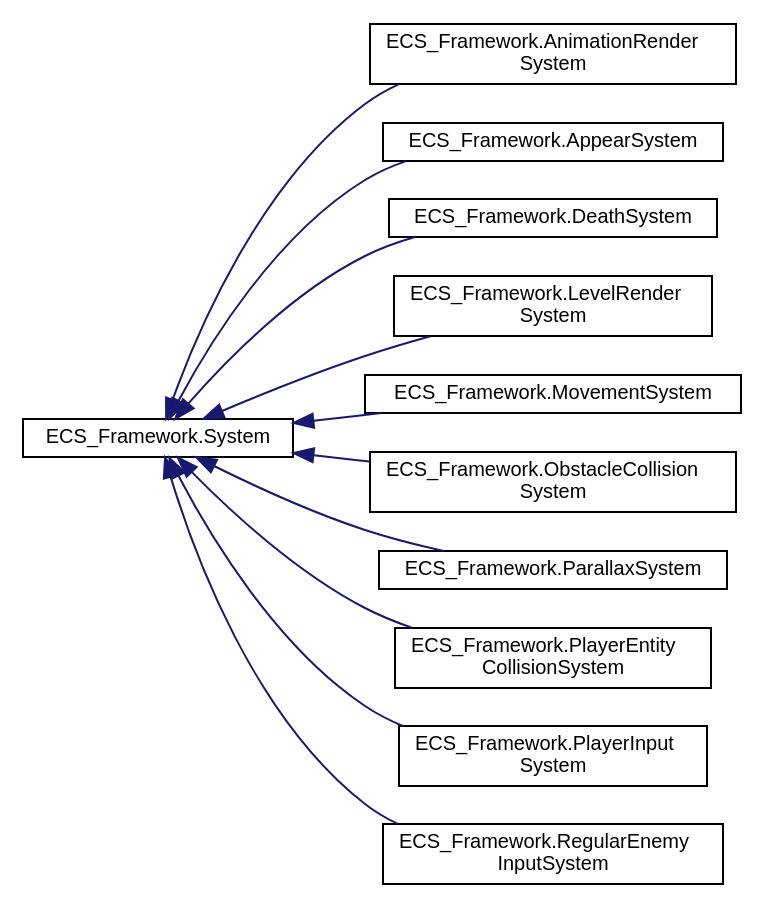
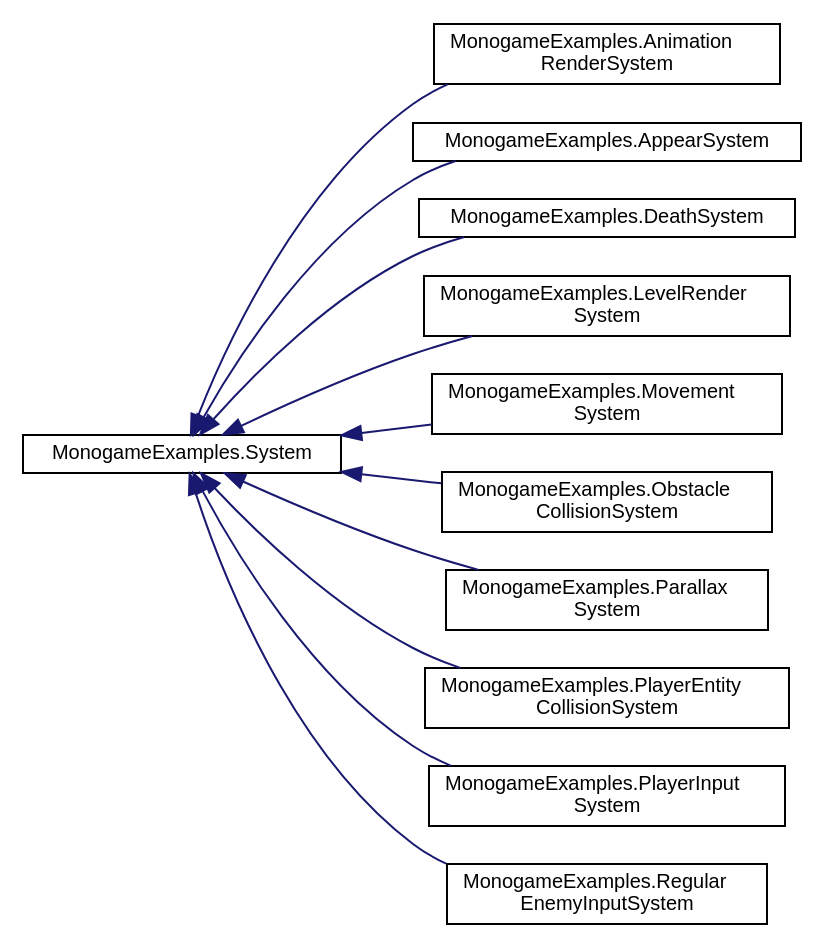
One commit to DreamyStranger/MonoGame-Platformer changed the diagram in docs/inherit_graph_9.dot. Above: the diagram before and after it, drawn with Graphviz. The commit also changed 344 other files, not shown here.

```diff
--- a/docs/inherit_graph_9.dot
+++ b/docs/inherit_graph_9.dot
@@ -1,28 +1,28 @@
 digraph "Graphical Class Hierarchy"
 {
  // LATEX_PDF_SIZE
   edge [fontname="Helvetica",fontsize="10",labelfontname="Helvetica",labelfontsize="10"];
   node [fontname="Helvetica",fontsize="10",shape=record];
   rankdir="LR";
-  Node0 [label="ECS_Framework.System",height=0.2,width=0.4,color="black", fillcolor="white", style="filled",URL="$classECS__Framework_1_1System.html",tooltip="An abstract base class for systems in the game."];
+  Node0 [label="MonogameExamples.System",height=0.2,width=0.4,color="black", fillcolor="white", style="filled",URL="$classMonogameExamples_1_1System.html",tooltip="An abstract base class for systems in the game."];
   Node0 -> Node1 [dir="back",color="midnightblue",fontsize="10",style="solid",fontname="Helvetica"];
-  Node1 [label="ECS_Framework.AnimationRender\lSystem",height=0.2,width=0.4,color="black", fillcolor="white", style="filled",URL="$classECS__Framework_1_1AnimationRenderSystem.html",tooltip="System responsible for rendering the entities in the game."];
+  Node1 [label="MonogameExamples.Animation\lRenderSystem",height=0.2,width=0.4,color="black", fillcolor="white", style="filled",URL="$classMonogameExamples_1_1AnimationRenderSystem.html",tooltip="System responsible for rendering the entities in the game."];
   Node0 -> Node2 [dir="back",color="midnightblue",fontsize="10",style="solid",fontname="Helvetica"];
-  Node2 [label="ECS_Framework.AppearSystem",height=0.2,width=0.4,color="black", fillcolor="white", style="filled",URL="$classECS__Framework_1_1AppearSystem.html",tooltip="System that manages entity appearance events, triggering actions depending on the entity type."];
+  Node2 [label="MonogameExamples.AppearSystem",height=0.2,width=0.4,color="black", fillcolor="white", style="filled",URL="$classMonogameExamples_1_1AppearSystem.html",tooltip="System that manages entity appearance events, triggering actions depending on the entity type."];
   Node0 -> Node3 [dir="back",color="midnightblue",fontsize="10",style="solid",fontname="Helvetica"];
-  Node3 [label="ECS_Framework.DeathSystem",height=0.2,width=0.4,color="black", fillcolor="white", style="filled",URL="$classECS__Framework_1_1DeathSystem.html",tooltip="System that manages entity death events, triggering actions depending on the entity type."];
+  Node3 [label="MonogameExamples.DeathSystem",height=0.2,width=0.4,color="black", fillcolor="white", style="filled",URL="$classMonogameExamples_1_1DeathSystem.html",tooltip="System that manages entity death events, triggering actions depending on the entity type."];
   Node0 -> Node4 [dir="back",color="midnightblue",fontsize="10",style="solid",fontname="Helvetica"];
-  Node4 [label="ECS_Framework.LevelRender\lSystem",height=0.2,width=0.4,color="black", fillcolor="white", style="filled",URL="$classECS__Framework_1_1LevelRenderSystem.html",tooltip="System responsible for rendering the entities in the game."];
+  Node4 [label="MonogameExamples.LevelRender\lSystem",height=0.2,width=0.4,color="black", fillcolor="white", style="filled",URL="$classMonogameExamples_1_1LevelRenderSystem.html",tooltip="System responsible for rendering the entities in the game."];
   Node0 -> Node5 [dir="back",color="midnightblue",fontsize="10",style="solid",fontname="Helvetica"];
-  Node5 [label="ECS_Framework.MovementSystem",height=0.2,width=0.4,color="black", fillcolor="white", style="filled",URL="$classECS__Framework_1_1MovementSystem.html",tooltip="System responsible for handling the movement of entities in the game."];
+  Node5 [label="MonogameExamples.Movement\lSystem",height=0.2,width=0.4,color="black", fillcolor="white", style="filled",URL="$classMonogameExamples_1_1MovementSystem.html",tooltip="System responsible for handling the movement of entities in the game."];
   Node0 -> Node6 [dir="back",color="midnightblue",fontsize="10",style="solid",fontname="Helvetica"];
-  Node6 [label="ECS_Framework.ObstacleCollision\lSystem",height=0.2,width=0.4,color="black", fillcolor="white", style="filled",URL="$classECS__Framework_1_1ObstacleCollisionSystem.html",tooltip="System that manages collision detection and resolution between entities and level obstacles."];
+  Node6 [label="MonogameExamples.Obstacle\lCollisionSystem",height=0.2,width=0.4,color="black", fillcolor="white", style="filled",URL="$classMonogameExamples_1_1ObstacleCollisionSystem.html",tooltip="System that manages collision detection and resolution between entities and level obstacles."];
   Node0 -> Node7 [dir="back",color="midnightblue",fontsize="10",style="solid",fontname="Helvetica"];
-  Node7 [label="ECS_Framework.ParallaxSystem",height=0.2,width=0.4,color="black", fillcolor="white", style="filled",URL="$classECS__Framework_1_1ParallaxSystem.html",tooltip="System that manages parallax components and their related entities."];
+  Node7 [label="MonogameExamples.Parallax\lSystem",height=0.2,width=0.4,color="black", fillcolor="white", style="filled",URL="$classMonogameExamples_1_1ParallaxSystem.html",tooltip="System that manages parallax components and their related entities."];
   Node0 -> Node8 [dir="back",color="midnightblue",fontsize="10",style="solid",fontname="Helvetica"];
-  Node8 [label="ECS_Framework.PlayerEntity\lCollisionSystem",height=0.2,width=0.4,color="black", fillcolor="white", style="filled",URL="$classECS__Framework_1_1PlayerEntityCollisionSystem.html",tooltip="Represents a system that handles collisions between the player entity and other entities."];
+  Node8 [label="MonogameExamples.PlayerEntity\lCollisionSystem",height=0.2,width=0.4,color="black", fillcolor="white", style="filled",URL="$classMonogameExamples_1_1PlayerEntityCollisionSystem.html",tooltip="Represents a system that handles collisions between the player entity and other entities."];
   Node0 -> Node9 [dir="back",color="midnightblue",fontsize="10",style="solid",fontname="Helvetica"];
-  Node9 [label="ECS_Framework.PlayerInput\lSystem",height=0.2,width=0.4,color="black", fillcolor="white", style="filled",URL="$classECS__Framework_1_1PlayerInputSystem.html",tooltip="System that updates the state of entities based on keyboard input."];
+  Node9 [label="MonogameExamples.PlayerInput\lSystem",height=0.2,width=0.4,color="black", fillcolor="white", style="filled",URL="$classMonogameExamples_1_1PlayerInputSystem.html",tooltip="System that updates the state of entities based on keyboard input."];
   Node0 -> Node10 [dir="back",color="midnightblue",fontsize="10",style="solid",fontname="Helvetica"];
-  Node10 [label="ECS_Framework.RegularEnemy\lInputSystem",height=0.2,width=0.4,color="black", fillcolor="white", style="filled",URL="$classECS__Framework_1_1RegularEnemyInputSystem.html",tooltip="System that updates the state of Regular Enemies."];
+  Node10 [label="MonogameExamples.Regular\lEnemyInputSystem",height=0.2,width=0.4,color="black", fillcolor="white", style="filled",URL="$classMonogameExamples_1_1RegularEnemyInputSystem.html",tooltip="System that updates the state of Regular Enemies."];
 }
```
